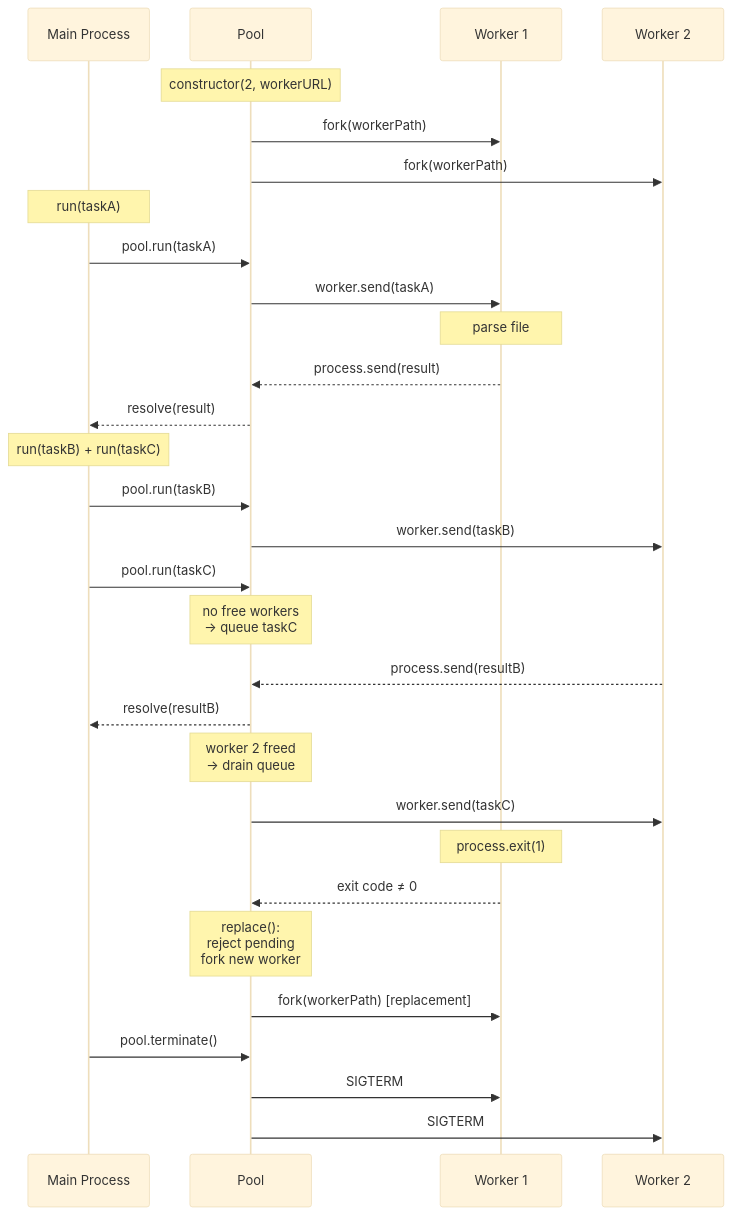
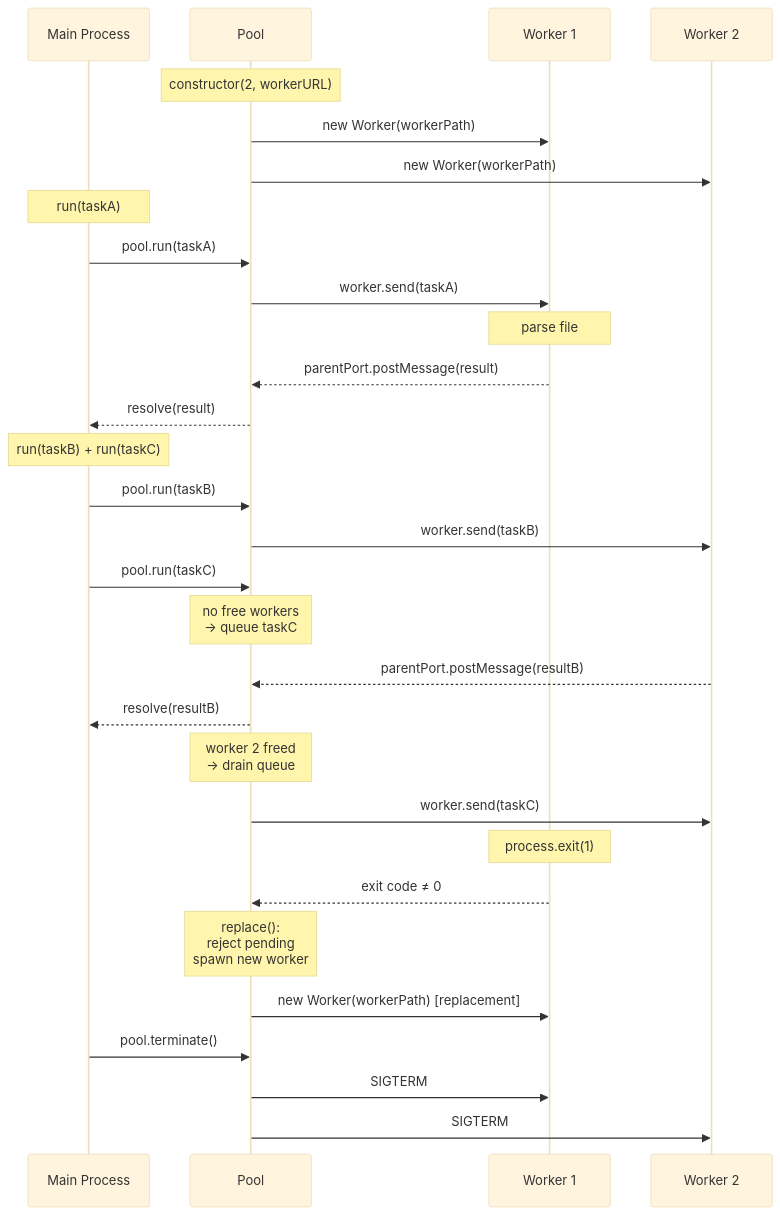
The eighth of 8 diagrams in ARCHITECTURE/parser.md (Arham-Qureshi/codebase-vis), drawn with Mermaid (base theme) before and after one commit. The commit also changed other lines of this file, not shown here.

Commit message:
docs: update parser — parentPort, worker_threads

````diff
--- a/ARCHITECTURE/parser.md
+++ b/ARCHITECTURE/parser.md
@@ -309,38 +309,38 @@
 ```mermaid
 sequenceDiagram
     participant M as Main Process
     participant P as Pool
     participant W1 as Worker 1
     participant W2 as Worker 2
 
     Note over P: constructor(2, workerURL)
-    P->>W1: fork(workerPath)
-    P->>W2: fork(workerPath)
+    P->>W1: new Worker(workerPath)
 
+    P->>W2: new Worker(workerPath)
     Note over M: run(taskA)
     M->>P: pool.run(taskA)
     P->>W1: worker.send(taskA)
     Note over W1: parse file
-    W1-->>P: process.send(result)
+    W1-->>P: parentPort.postMessage(result)
     P-->>M: resolve(result)
 
     Note over M: run(taskB) + run(taskC)
     M->>P: pool.run(taskB)
     P->>W2: worker.send(taskB)
     M->>P: pool.run(taskC)
     Note over P: no free workers<br/>→ queue taskC
 
-    W2-->>P: process.send(resultB)
+    W2-->>P: parentPort.postMessage(resultB)
     P-->>M: resolve(resultB)
     Note over P: worker 2 freed<br/>→ drain queue
     P->>W2: worker.send(taskC)
 
     Note over W1: process.exit(1)
     W1-->>P: exit code ≠ 0
-    Note over P: replace():<br/>reject pending<br/>fork new worker
-    P->>W1: fork(workerPath) [replacement]
+    Note over P: replace():<br/>reject pending<br/>spawn new worker
 
+    P->>W1: new Worker(workerPath) [replacement]
     M->>P: pool.terminate()
     P->>W1: SIGTERM
     P->>W2: SIGTERM
 ```
````
